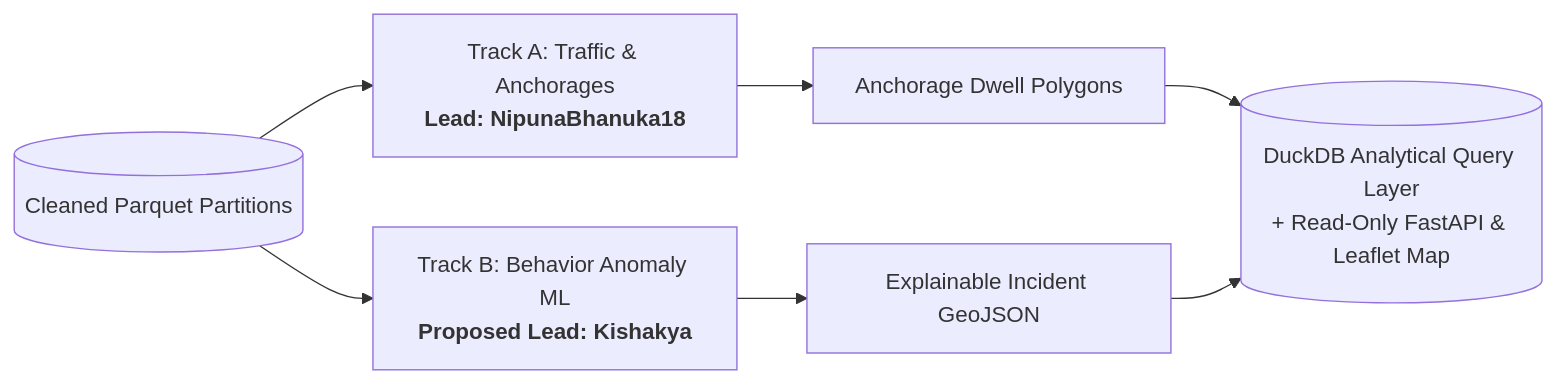
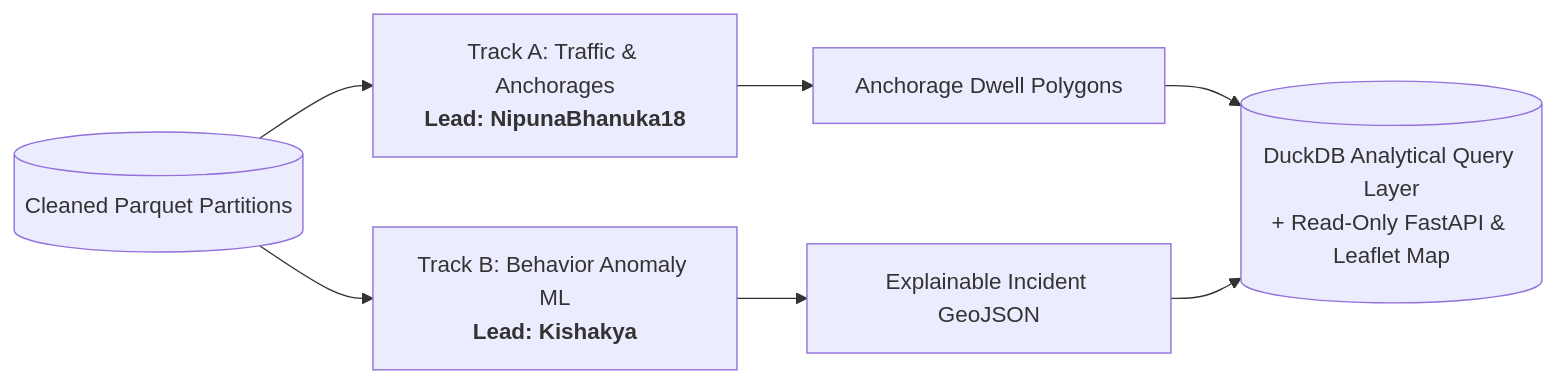
One commit to NipunaBhanuka18/Project-AegisMar changed the diagram in docs/START-HERE.md. Above: the diagram before and after it, drawn with Mermaid. The commit also changed other lines of this file and 17 other files, not shown here.

````diff
--- a/docs/START-HERE.md
+++ b/docs/START-HERE.md
@@ -74,11 +74,11 @@
 ```mermaid
 flowchart LR
     CleanData[("Cleaned Parquet Partitions")] --> TrackA["Track A: Traffic & Anchorages<br><b>Lead: NipunaBhanuka18</b>"]
-    CleanData --> TrackB["Track B: Behavior Anomaly ML<br><b>Proposed Lead: Kishakya</b>"]
+    CleanData --> TrackB["Track B: Behavior Anomaly ML<br><b>Lead: Kishakya</b>"]
 
     TrackA --> StoredA["Anchorage Dwell Polygons"]
     TrackB --> StoredB["Explainable Incident GeoJSON"]
 
     StoredA --> Product[("DuckDB Analytical Query Layer<br>+ Read-Only FastAPI & Leaflet Map")]
     StoredB --> Product
 ```
````
